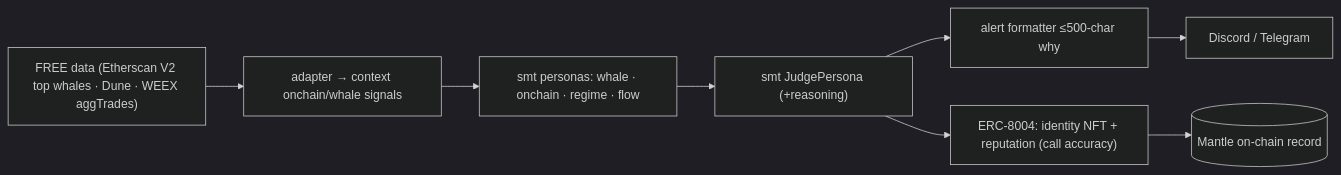
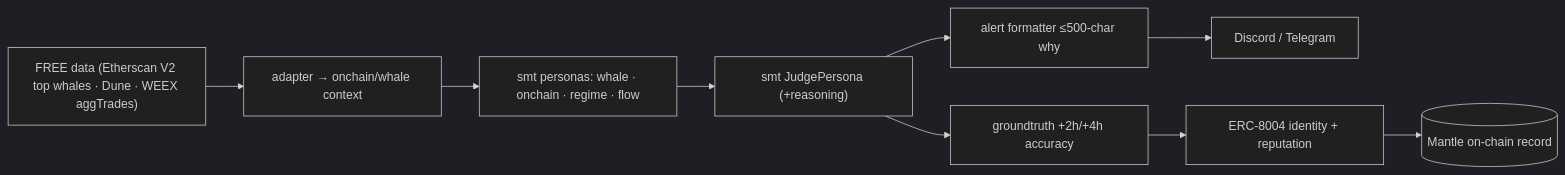
The diagram in hackathons/mantle-turing-test/README.md (JannetEkka/smt-mantle), drawn with Mermaid (dark theme) before and after one commit. The commit also changed other lines of this file and 3 other files, not shown here.

````diff
--- a/hackathons/mantle-turing-test/README.md
+++ b/hackathons/mantle-turing-test/README.md
@@ -34,9 +61,9 @@
 ```mermaid
 flowchart LR
-  SRC["FREE data (Etherscan V2 top whales · Dune · WEEX aggTrades)"] --> ADP["adapter → context onchain/whale signals"]
+  SRC["FREE data (Etherscan V2 top whales · Dune · WEEX aggTrades)"] --> ADP["adapter → onchain/whale context"]
   ADP --> P["smt personas: whale · onchain · regime · flow"] --> J["smt JudgePersona (+reasoning)"]
   J --> ALERT["alert formatter ≤500-char why"]
   ALERT --> DISCORD["Discord / Telegram"]
-  J --> REP["ERC-8004: identity NFT + reputation (call accuracy)"]
+  J --> GT["groundtruth +2h/+4h accuracy"] --> REP["ERC-8004 identity + reputation"]
   REP --> CHAIN[("Mantle on-chain record")]
 ```
````
